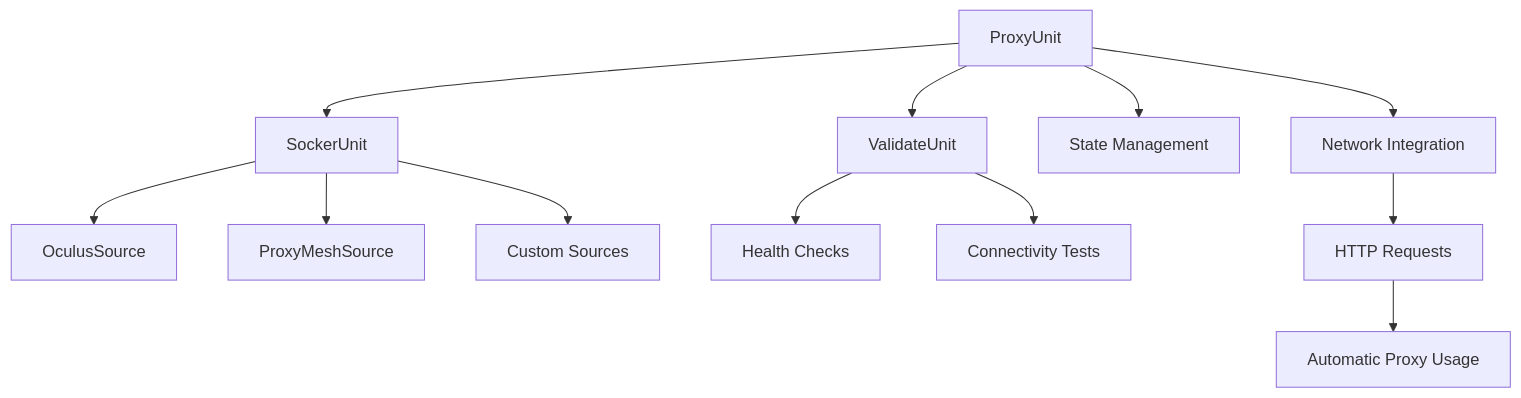
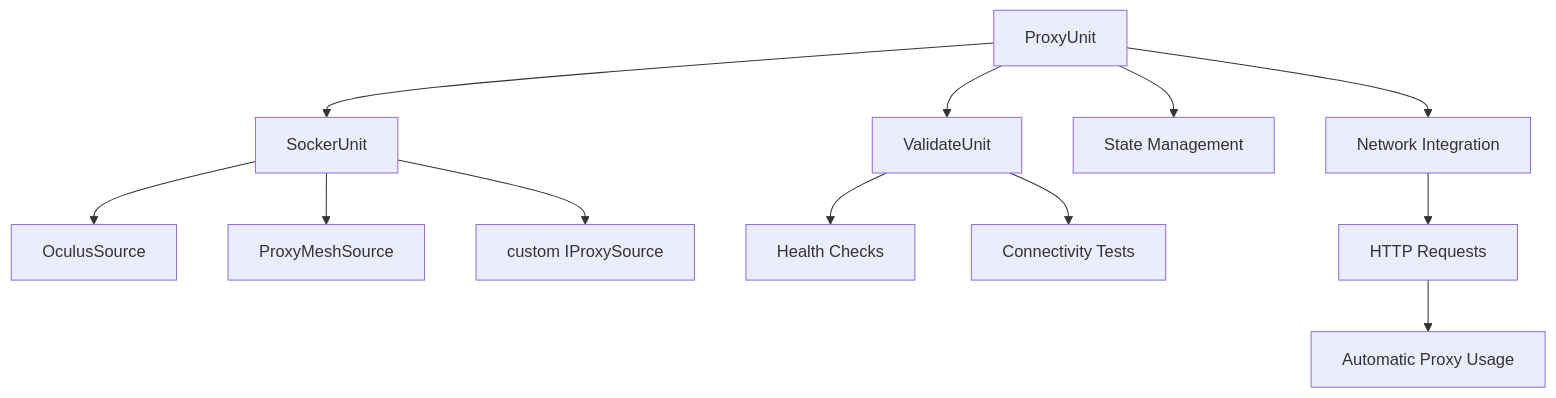
The diagram in README.md (synthetism/proxy), drawn with Mermaid before and after one commit.

Commit message:
Graph improvements

````diff
--- a/README.md
+++ b/README.md
@@ -23,18 +23,18 @@
 ```mermaid
 graph TD
     A[ProxyUnit] --> B[SockerUnit]
     A --> C[ValidateUnit]
     A --> D[State Management]
     
     B --> E[OculusSource]
     B --> F[ProxyMeshSource]
-    B --> G[Custom Sources]
+    B --> G[custom IProxySource]
     
     C --> H[Health Checks]
     C --> I[Connectivity Tests]
     
     A --> J[Network Integration]
     J --> K[HTTP Requests]
     K --> L[Automatic Proxy Usage]
 
 ```
````
